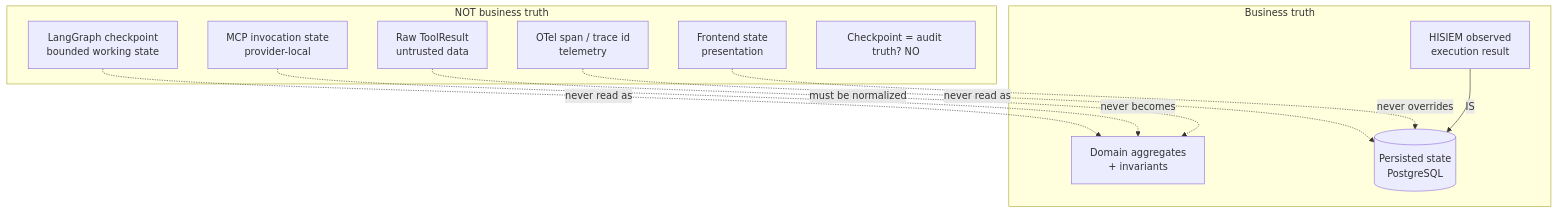
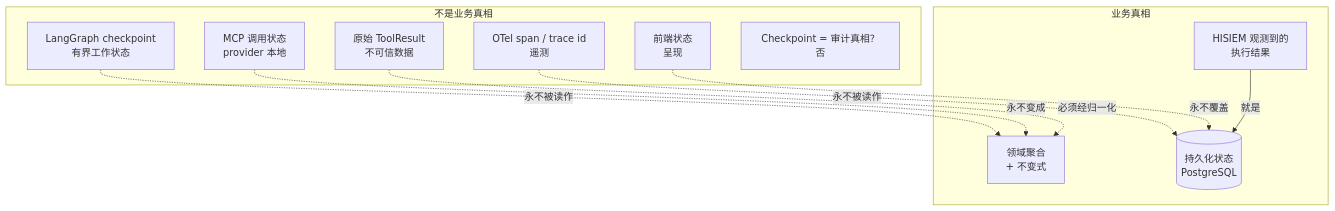
Before and after one commit to xsc683/HISIEM-SOC-Copilot: the sixth of 8 diagrams in docs/status/architecture-overview.md, drawn with Mermaid. The commit also changed other lines of this file, not shown here.

First line of the commit message:
docs(status): translate architecture-overview.md to Chinese

````diff
--- a/docs/status/architecture-overview.md
+++ b/docs/status/architecture-overview.md
@@ -255,24 +250,24 @@
 ```mermaid
 flowchart TD
-    subgraph NOTTRUTH["NOT business truth"]
-        CP["LangGraph checkpoint<br/>bounded working state"]
-        SPAN["OTel span / trace id<br/>telemetry"]
-        FE["Frontend state<br/>presentation"]
-        MCPST["MCP invocation state<br/>provider-local"]
-        RAW["Raw ToolResult<br/>untrusted data"]
-        CKPT["Checkpoint = audit truth? NO"]
+    subgraph NOTTRUTH["不是业务真相"]
+        CP["LangGraph checkpoint<br/>有界工作状态"]
+        SPAN["OTel span / trace id<br/>遥测"]
+        FE["前端状态<br/>呈现"]
+        MCPST["MCP 调用状态<br/>provider 本地"]
+        RAW["原始 ToolResult<br/>不可信数据"]
+        CKPT["Checkpoint = 审计真相？否"]
     end
 
-    subgraph TRUTH["Business truth"]
-        DOM["Domain aggregates<br/>+ invariants"]
-        DB[("Persisted state<br/>PostgreSQL")]
-        HT["HISIEM observed<br/>execution result"]
+    subgraph TRUTH["业务真相"]
+        DOM["领域聚合<br/>+ 不变式"]
+        DB[("持久化状态<br/>PostgreSQL")]
+        HT["HISIEM 观测到的<br/>执行结果"]
     end
 
-    CP -.->|"never read as"| DOM
-    SPAN -.->|"never read as"| DB
-    FE -.->|"never overrides"| DB
-    MCPST -.->|"never becomes"| DOM
-    RAW -.->|"must be normalized"| DOM
-    HT -->|"IS"| DB
+    CP -.->|"永不被读作"| DOM
+    SPAN -.->|"永不被读作"| DB
+    FE -.->|"永不覆盖"| DB
+    MCPST -.->|"永不变成"| DOM
+    RAW -.->|"必须经归一化"| DOM
+    HT -->|"就是"| DB
 ```
````
